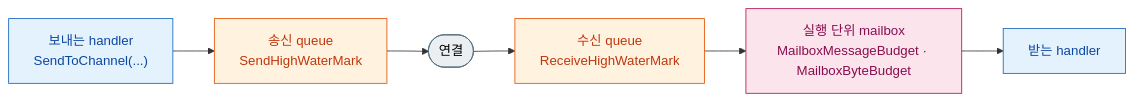
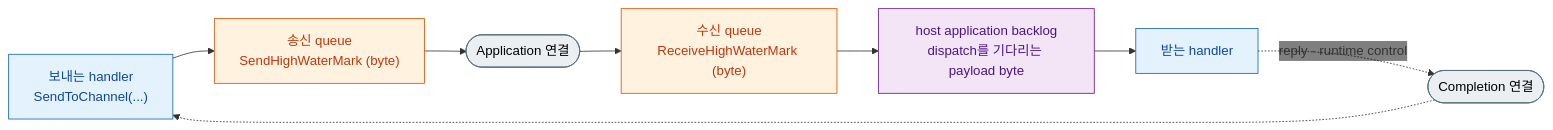
One commit to kairos-code-dev/zlink changed the diagram in framework/doc/framework/dotnet/guide/server/04-backpressure.ko.md. Above: the diagram before and after it, drawn with Mermaid. The commit also changed other lines of this file and 32 other files, not shown here.

````diff
--- a/framework/doc/framework/dotnet/guide/server/04-backpressure.ko.md
+++ b/framework/doc/framework/dotnet/guide/server/04-backpressure.ko.md
@@ -32,17 +44,20 @@
 ```mermaid
 %%{init: {'themeVariables': {'edgeLabelBackground':'transparent'}}}%%
 flowchart LR
     H1["보내는 handler<br/>SendToChannel(...)"]:::app
-    SQ["송신 queue<br/>SendHighWaterMark"]:::queue
-    NET(["연결"]):::net
-    RQ["수신 queue<br/>ReceiveHighWaterMark"]:::queue
-    MB["실행 단위 mailbox<br/>MailboxMessageBudget · MailboxByteBudget"]:::drop
+    SQ["송신 queue<br/>SendHighWaterMark (byte)"]:::queue
+    AC(["Application 연결"]):::net
+    RQ["수신 queue<br/>ReceiveHighWaterMark (byte)"]:::queue
+    BUD["host application backlog<br/>dispatch를 기다리는 payload byte"]:::budget
     H2["받는 handler"]:::app
+    CC(["Completion 연결"]):::net
 
-    H1 --> SQ --> NET --> RQ --> MB --> H2
+    H1 --> SQ --> AC --> RQ --> BUD --> H2
+    H2 -. "reply · runtime control" .-> CC
+    CC -.-> H1
 
     classDef app fill:#e3f2fd,stroke:#1565c0,color:#0d47a1
     classDef queue fill:#fff3e0,stroke:#e65100,color:#bf360c
-    classDef drop fill:#fce4ec,stroke:#ad1457,color:#880e4f
+    classDef budget fill:#f3e5f5,stroke:#6a1b9a,color:#4a148c
     classDef net fill:#eceff1,stroke:#546e7a,color:#000000
 ```
````
